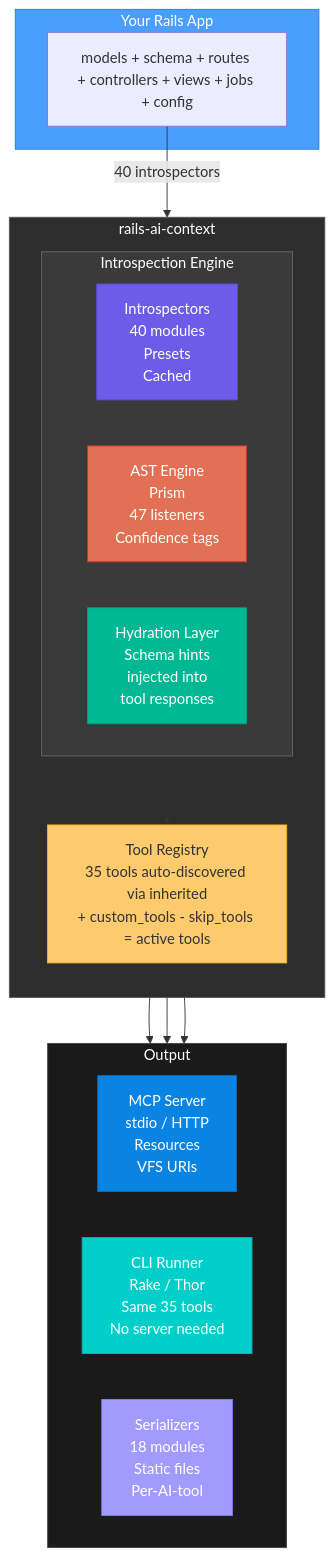
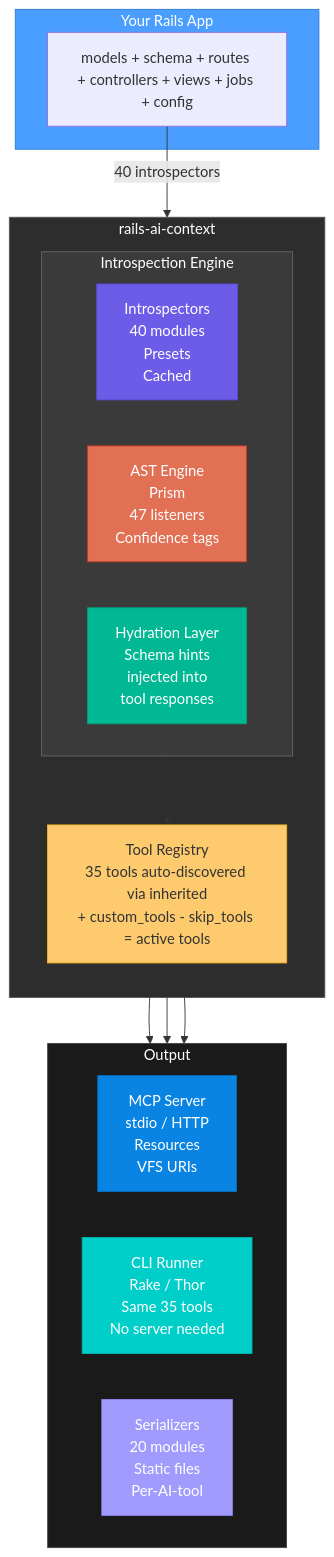
Before and after one commit to crisnahine/rails-ai-context: the first of 3 diagrams in docs/ARCHITECTURE.md, drawn with Mermaid. The commit also changed other lines of this file and 11 other files, not shown here.

````diff
--- a/docs/ARCHITECTURE.md
+++ b/docs/ARCHITECTURE.md
@@ -15,44 +15,44 @@
 ```mermaid
 graph TD
     subgraph app["Your Rails App"]
         A["models + schema + routes + controllers + views + jobs + config"]
     end
 
     A -->|"40 introspectors"| gem
 
     subgraph gem["rails-ai-context"]
         direction TB
 
         subgraph engine["Introspection Engine"]
             direction LR
             I["Introspectors\n40 modules\nPresets\nCached"]
             AST["AST Engine\nPrism\n47 listeners\nConfidence tags"]
             H["Hydration Layer\nSchema hints\ninjected into\ntool responses"]
         end
 
         engine --> R["Tool Registry\n35 tools auto-discovered via inherited\n+ custom_tools - skip_tools = active tools"]
     end
 
     R --> MCP
     R --> CLI
     R --> S
 
     subgraph outputs["Output"]
         direction LR
         MCP["MCP Server\nstdio / HTTP\nResources\nVFS URIs"]
         CLI["CLI Runner\nRake / Thor\nSame 35 tools\nNo server needed"]
-        S["Serializers\n18 modules\nStatic files\nPer-AI-tool"]
+        S["Serializers\n20 modules\nStatic files\nPer-AI-tool"]
     end
 
     style app fill:#4a9eff,stroke:#2d7ad4,color:#fff
     style gem fill:#2d2d2d,stroke:#555,color:#fff
     style engine fill:#3a3a3a,stroke:#666,color:#fff
     style outputs fill:#1a1a1a,stroke:#444,color:#fff
     style I fill:#6c5ce7,stroke:#5a4bd1,color:#fff
     style AST fill:#e17055,stroke:#c0392b,color:#fff
     style H fill:#00b894,stroke:#00a381,color:#fff
     style R fill:#fdcb6e,stroke:#f0b429,color:#333
     style MCP fill:#0984e3,stroke:#0770c2,color:#fff
     style CLI fill:#00cec9,stroke:#00b5b0,color:#fff
     style S fill:#a29bfe,stroke:#8c83f0,color:#fff
 ```
````
